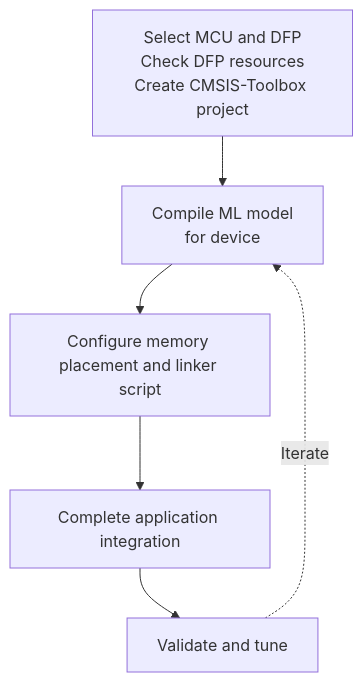
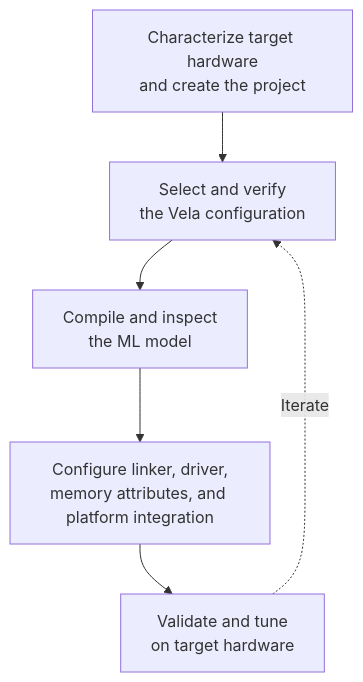
One commit to ARM-software/CMSIS-Ethos-U changed the first of 3 diagrams in documentation/doxygen/integration/src/main.md. Above: the diagram before and after it, drawn with Mermaid. The commit also changed other lines of this file and 175 other files, not shown here.

````diff
--- a/documentation/doxygen/integration/src/main.md
+++ b/documentation/doxygen/integration/src/main.md
@@ -45,8 +45,8 @@
 ```mermaid
 flowchart TD
-    setup["Select MCU and DFP<br/>Check DFP resources<br/>Create CMSIS-Toolbox project"] --> compile["Compile ML model<br/>for device"]
-    compile --> configure["Configure memory placement and linker script"]
-    configure --> integrate["Complete application integration"]
-    integrate --> validate["Validate and tune"]
-    validate -. Iterate .-> compile
+    hardware["Characterize target hardware<br/>and create the project"] --> vela["Select and verify<br/>the Vela configuration"]
+    vela --> compile["Compile and inspect<br/>the ML model"]
+    compile --> configure["Configure linker, driver,<br/>memory attributes, and platform integration"]
+    configure --> validate["Validate and tune<br/>on target hardware"]
+    validate -. Iterate .-> vela
 ```
````
